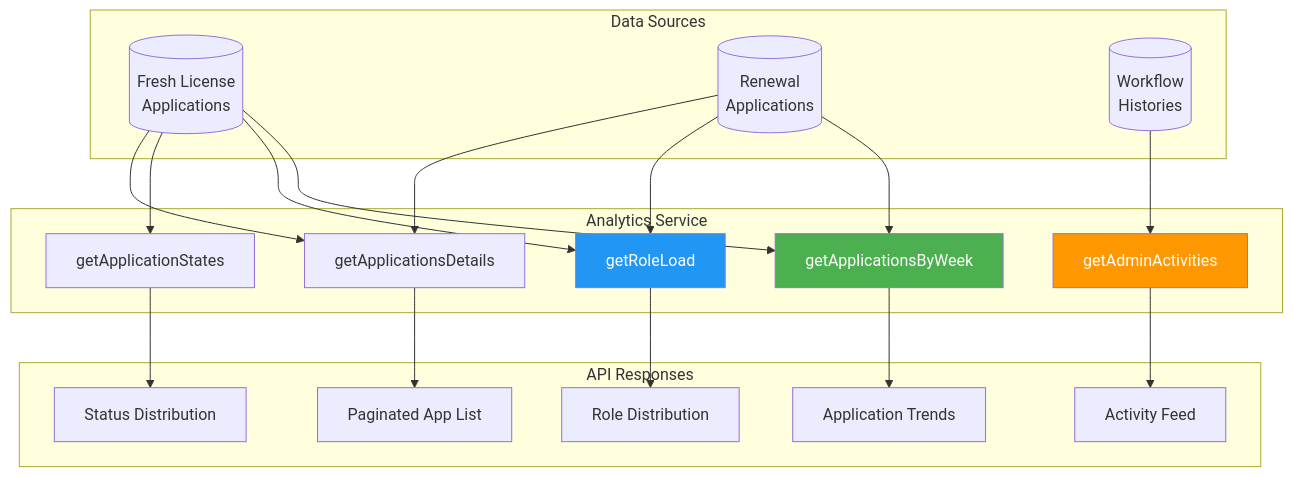
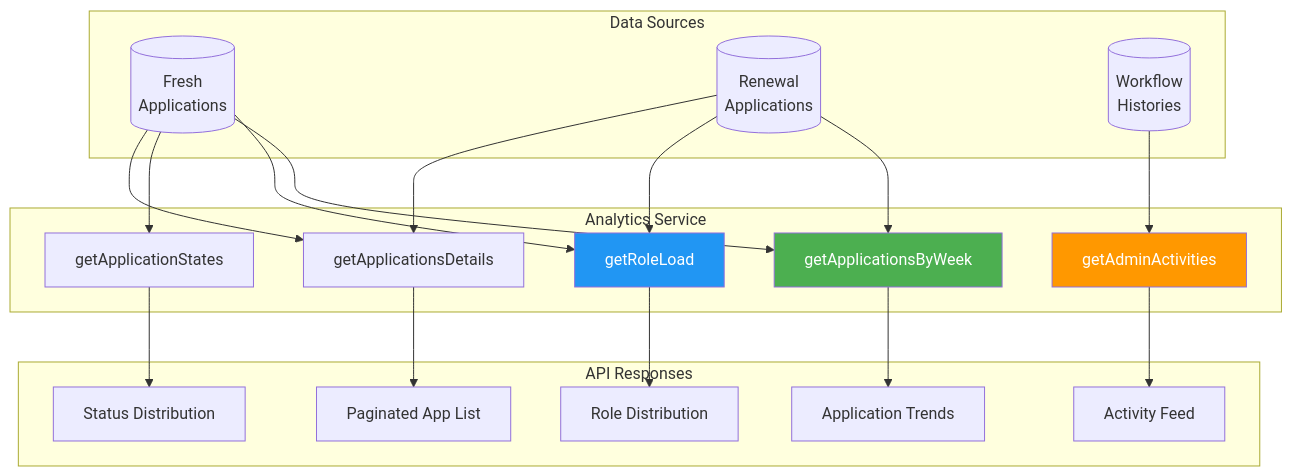
One commit to sparquer24/alms changed diagram 11 of 11 in docs/BACKEND_ARCHITECTURE.md. Above: the diagram before and after it, drawn with Mermaid. The commit also changed other lines of this file and 45 other files, not shown here.

Commit message:
feat: refactor license application mapping and improve renewal origin document flow

````diff
--- a/docs/BACKEND_ARCHITECTURE.md
+++ b/docs/BACKEND_ARCHITECTURE.md
@@ -1176,43 +1194,43 @@
 ```mermaid
 flowchart TB
     subgraph "Data Sources"
-        FLA[(Fresh License<br/>Applications)]
+        FLA[(Fresh<br/>Applications)]
         REN[(Renewal<br/>Applications)]
         HIST[(Workflow<br/>Histories)]
     end
 
     subgraph "Analytics Service"
         WEEK[getApplicationsByWeek]
         ROLE[getRoleLoad]
         STATUS[getApplicationStates]
         ACTIVITY[getAdminActivities]
         DETAILS[getApplicationsDetails]
     end
 
     subgraph "API Responses"
         APPS[Application Trends]
         LOAD[Role Distribution]
         STATES[Status Distribution]
         FEED[Activity Feed]
         LIST[Paginated App List]
     end
 
     FLA --> WEEK
     FLA --> ROLE
     FLA --> STATUS
     REN --> WEEK
     REN --> ROLE
     HIST --> ACTIVITY
     FLA --> DETAILS
     REN --> DETAILS
 
     WEEK --> APPS
     ROLE --> LOAD
     STATUS --> STATES
     ACTIVITY --> FEED
     DETAILS --> LIST
 
     style WEEK fill:#4CAF50,color:#fff
     style ROLE fill:#2196F3,color:#fff
     style ACTIVITY fill:#FF9800,color:#fff
 ```
````
